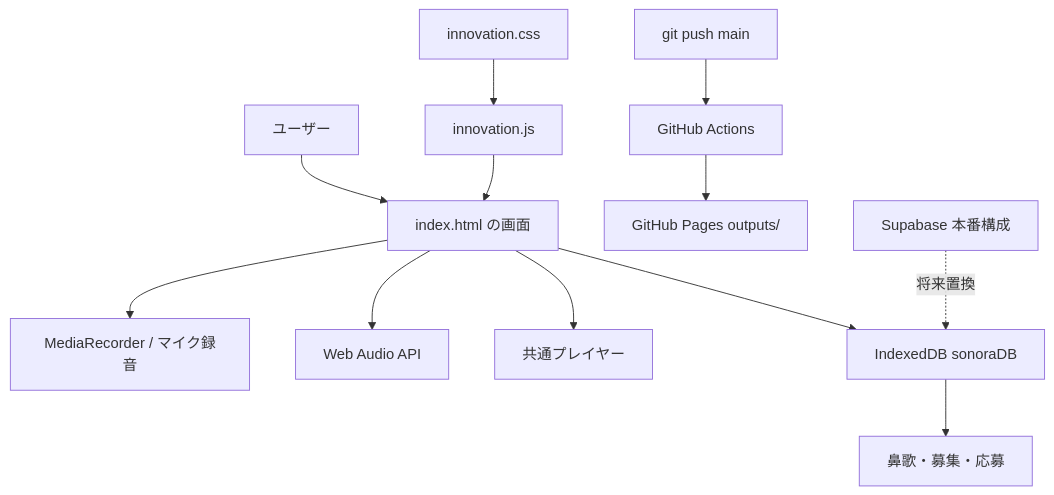
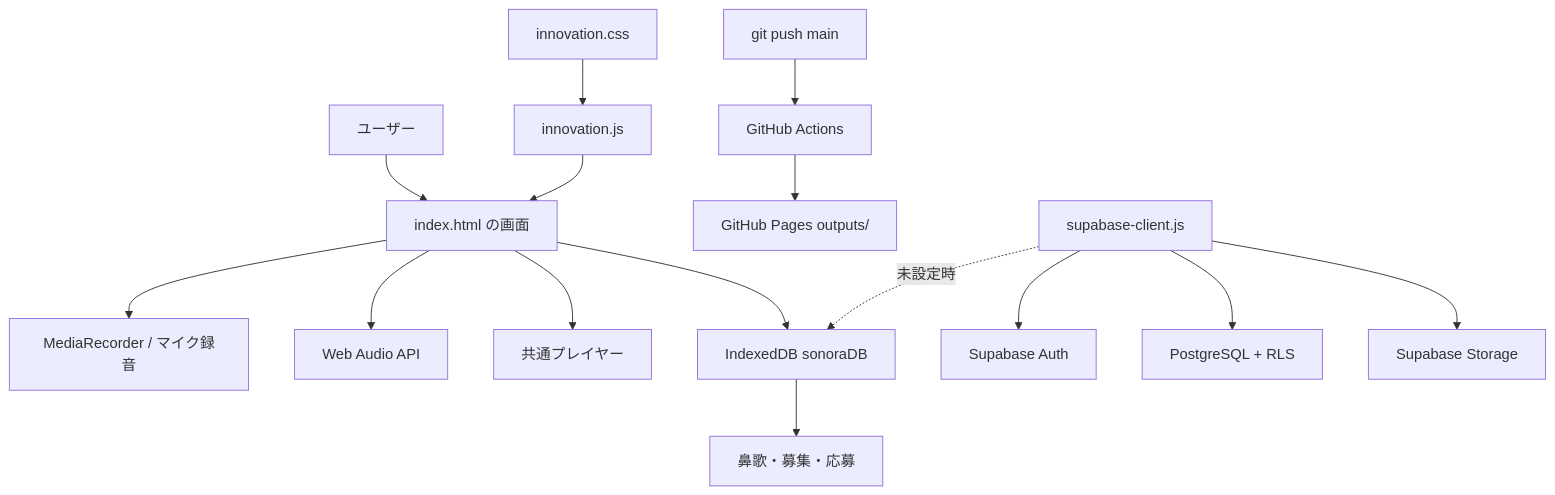
Before and after one commit to sakana14-cyber/sonora: the diagram in docs/ARCHITECTURE.md, drawn with Mermaid. The commit also changed other lines of this file and 7 other files, not shown here.

Commit message:
Add Supabase cloud integration foundation

````diff
--- a/docs/ARCHITECTURE.md
+++ b/docs/ARCHITECTURE.md
@@ -5,14 +5,17 @@
 ```mermaid
 flowchart TD
     U[ユーザー] --> UI[index.html の画面]
     UI --> MIC[MediaRecorder / マイク録音]
     UI --> AUDIO[Web Audio API]
     UI --> PLAYER[共通プレイヤー]
     UI --> DB[IndexedDB sonoraDB]
     EXTRA[innovation.js] --> UI
     STYLE[innovation.css] --> EXTRA
     DB --> POSTS[鼻歌・募集・応募]
     PUSH[git push main] --> ACTION[GitHub Actions]
     ACTION --> PAGES[GitHub Pages outputs/]
-    FUTURE[Supabase 本番構成] -. 将来置換 .-> DB
+    CLOUD[supabase-client.js] --> AUTH[Supabase Auth]
+    CLOUD --> PG[PostgreSQL + RLS]
+    CLOUD --> STORAGE[Supabase Storage]
+    CLOUD -. 未設定時 .-> DB
 ```
````
